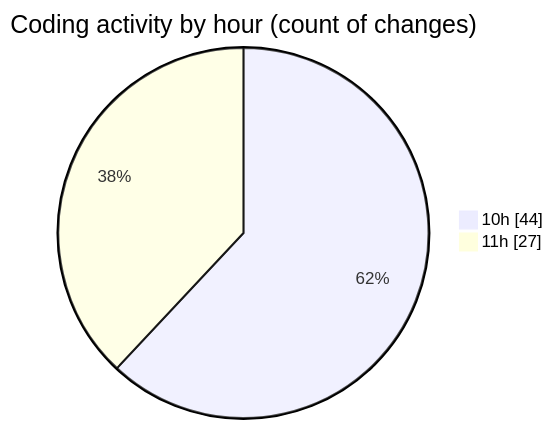
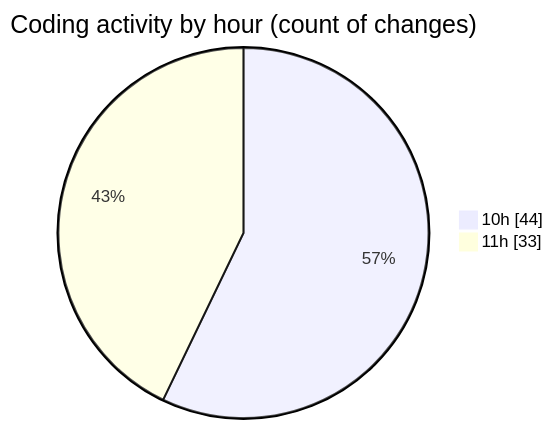
Before and after one commit to momahboobian/code-tracking: the second of 2 diagrams in 2025-08-28/cda/README.md, drawn with Mermaid. The commit also changed other lines of this file and 1 other file, not shown here.

````diff
--- a/2025-08-28/cda/README.md
+++ b/2025-08-28/cda/README.md
@@ -31,6 +31,6 @@
 ```mermaid
 pie showData
 title Coding activity by hour (count of changes)
 "10h" : 44
-"11h" : 27
+"11h" : 33
 ```
````
